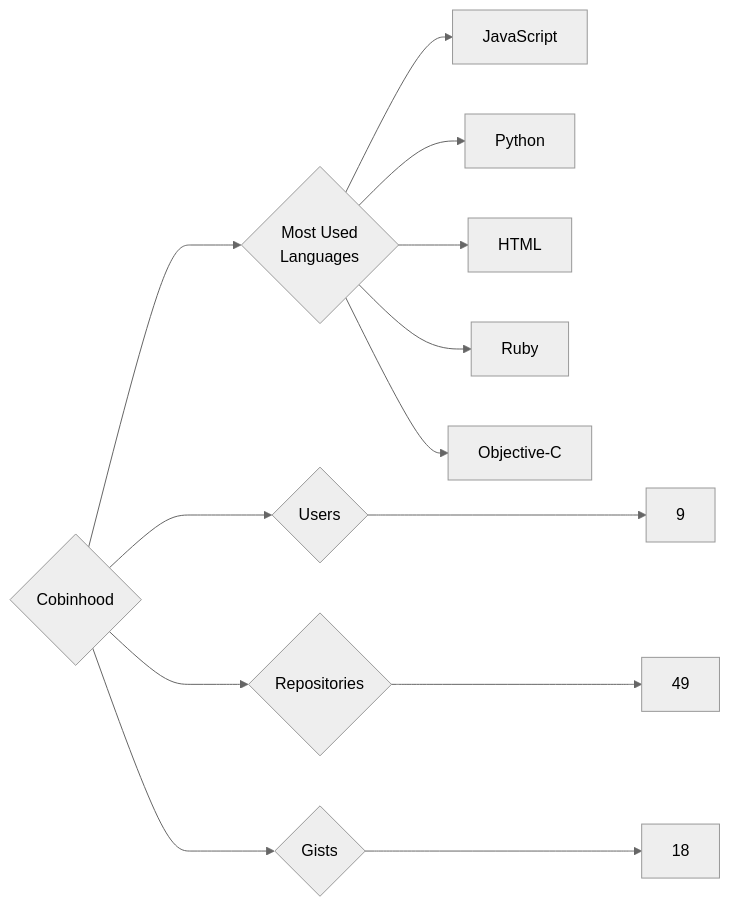
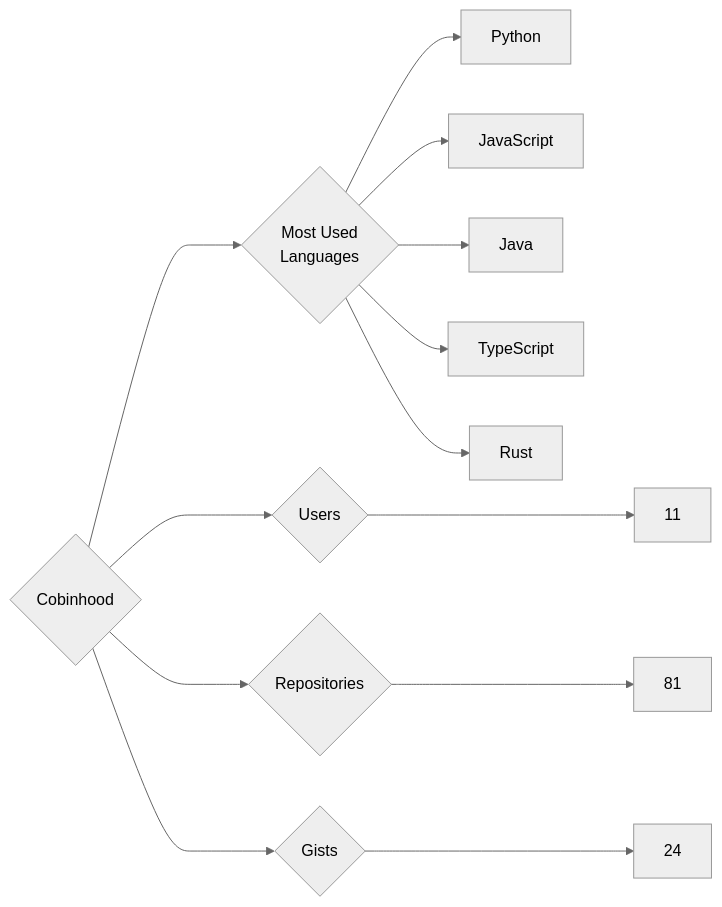
The diagram in targets/Cobinhood/README.md (trickest/insiders), drawn with Mermaid (neutral theme) before and after one commit. The commit also changed 1036 other files, not shown here.

````diff
--- a/targets/Cobinhood/README.md
+++ b/targets/Cobinhood/README.md
@@ -3,13 +3,13 @@
 ```mermaid
 graph LR
 COMPANY_NAME{Cobinhood}
-COMPANY_NAME ---> U{Users} ---> UN[9]
-COMPANY_NAME ---> R{Repositories} ---> RN[49]
-COMPANY_NAME ---> G{Gists} ---> GN[18]
+COMPANY_NAME ---> U{Users} ---> UN[11]
+COMPANY_NAME ---> R{Repositories} ---> RN[81]
+COMPANY_NAME ---> G{Gists} ---> GN[24]
 COMPANY_NAME ---> ML{Most Used<br>Languages}
+ML --> Python[Python]
 ML --> JavaScript[JavaScript]
-ML --> Python[Python]
-ML --> HTML[HTML]
-ML --> Ruby[Ruby]
-ML --> Objective-C[Objective-C]
+ML --> Java[Java]
+ML --> TypeScript[TypeScript]
+ML --> Rust[Rust]
 ```
````
